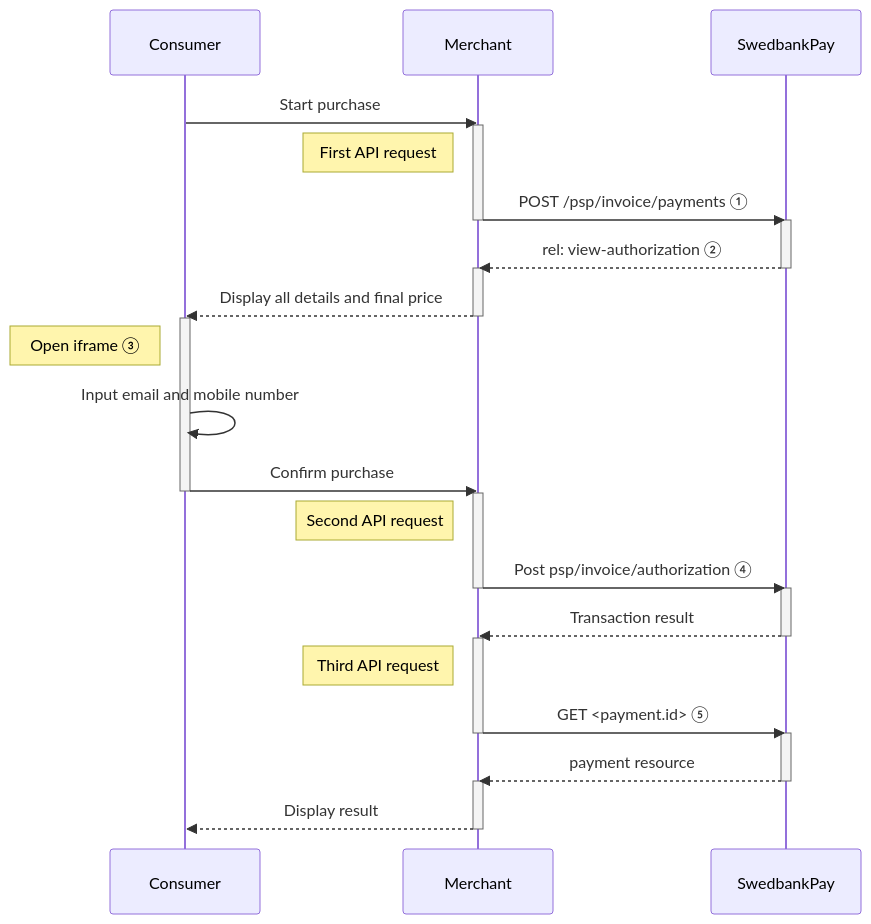
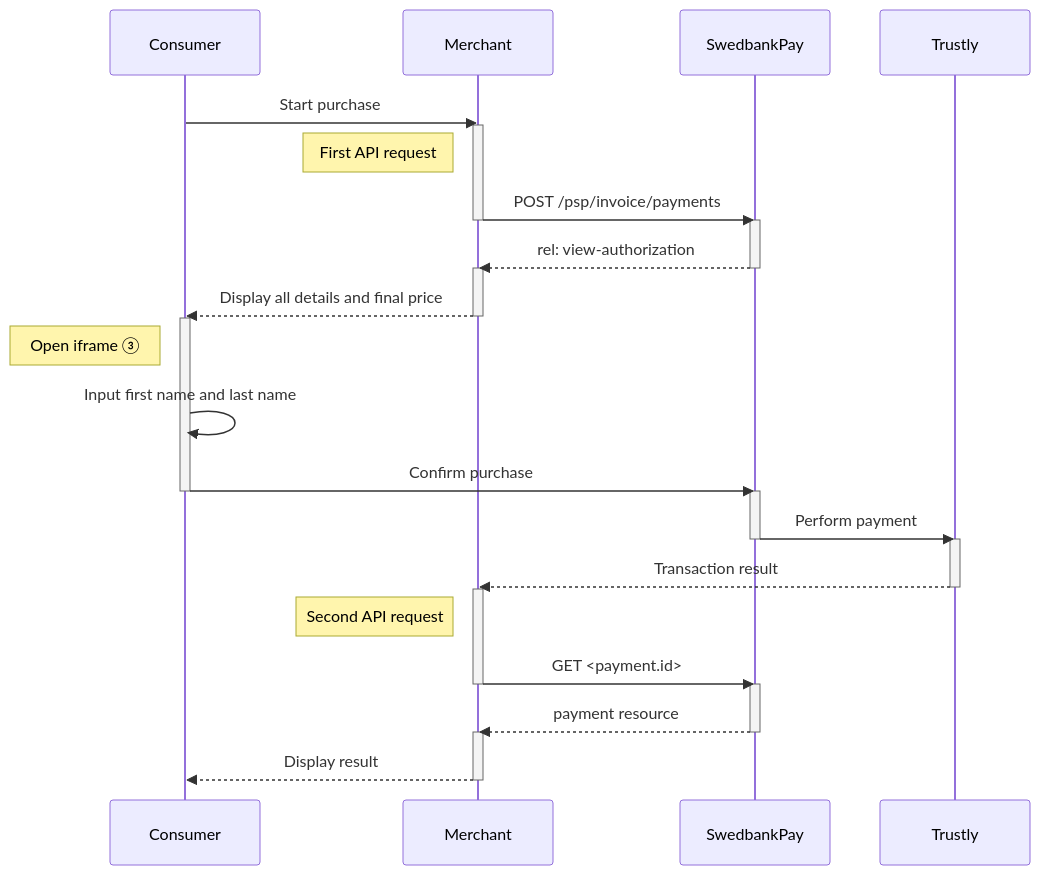
The diagram in payments/trustly/seamless-view.md (SwedbankPay/developer.swedbankpay.com), drawn with Mermaid before and after one commit. The commit also changed other lines of this file and 4 other files, not shown here.

````diff
--- a/payments/trustly/seamless-view.md
+++ b/payments/trustly/seamless-view.md
@@ -261,27 +252,26 @@
 ```mermaid
 sequenceDiagram
     Consumer->>Merchant: Start purchase
     activate Merchant
     note left of Merchant: First API request
-    Merchant->>-SwedbankPay: POST /psp/invoice/payments ①
+    Merchant->>-SwedbankPay: POST /psp/invoice/payments
     activate SwedbankPay
-    SwedbankPay-->>-Merchant: rel: view-authorization ②
+    SwedbankPay-->>-Merchant: rel: view-authorization
     activate Merchant
     Merchant-->>-Consumer: Display all details and final price
     activate Consumer
     note left of Consumer: Open iframe ③
-    Consumer->>Consumer: Input email and mobile number
-    Consumer->>-Merchant: Confirm purchase
+    Consumer->>Consumer: Input first name and last name
+    Consumer->>-SwedbankPay: Confirm purchase
+    activate SwedbankPay
+    SwedbankPay->>-Trustly: Perform payment
+    activate Trustly
+    Trustly-->>-Merchant: Transaction result
     activate Merchant
     note left of Merchant: Second API request
-    Merchant->>-SwedbankPay: Post psp/invoice/authorization ④
-    activate SwedbankPay
-    SwedbankPay-->>-Merchant: Transaction result
-    activate Merchant
-    note left of Merchant: Third API request
-    Merchant->>-SwedbankPay: GET <payment.id> ⑤
+    Merchant->>-SwedbankPay: GET <payment.id>
     activate SwedbankPay
     SwedbankPay-->>-Merchant: payment resource
     activate Merchant
     Merchant-->>-Consumer: Display result
 ```
````
